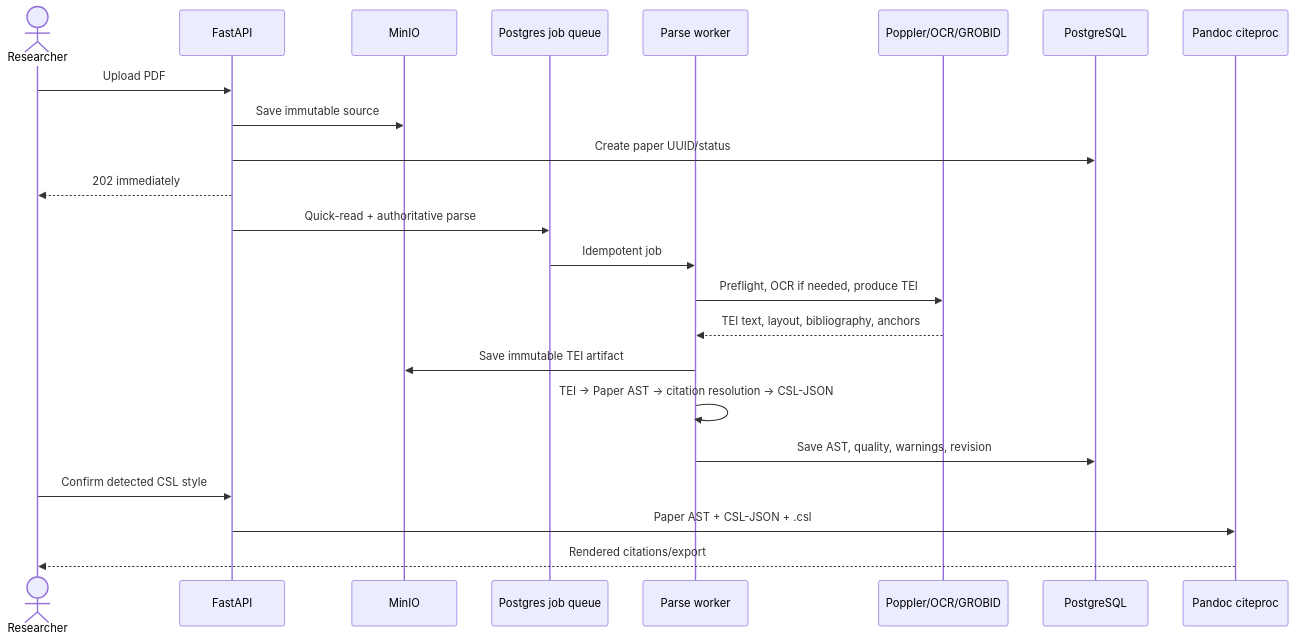
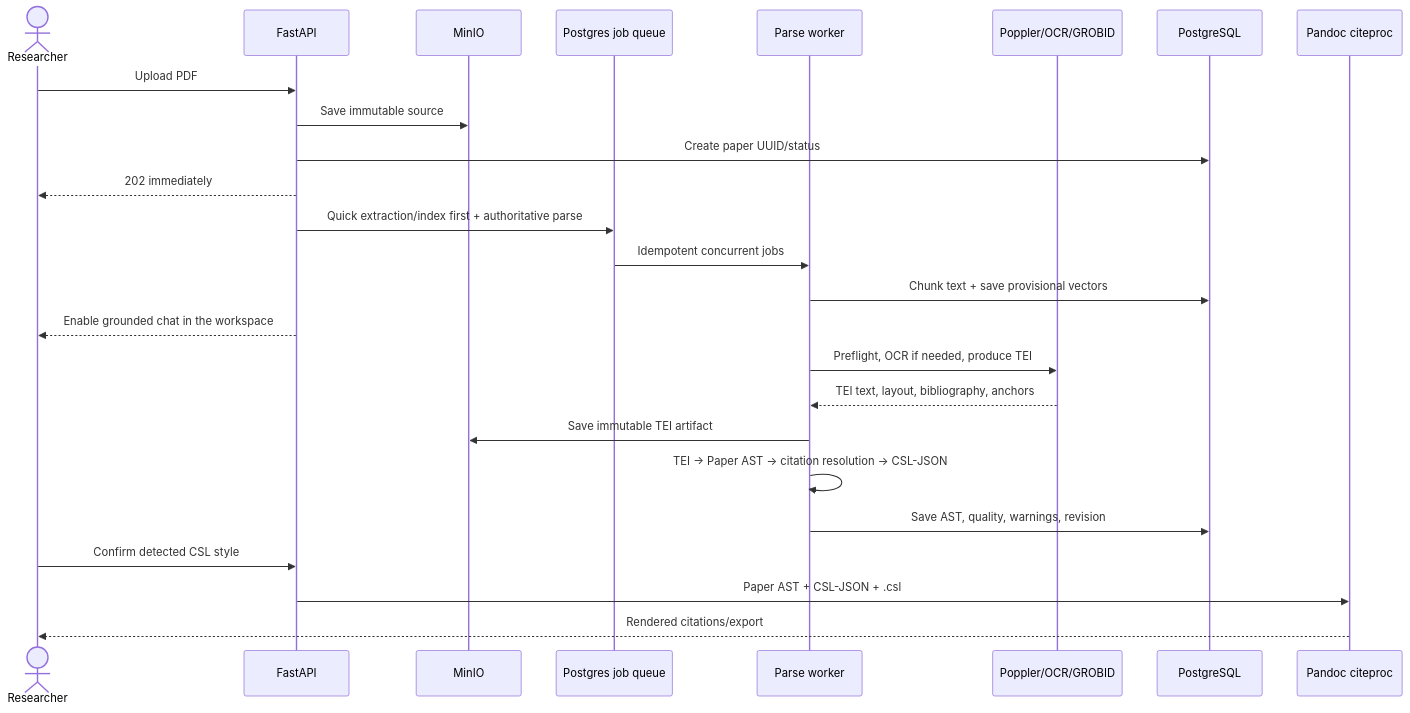
One commit to hosenur/research changed the first of 2 diagrams in README.md. Above: the diagram before and after it, drawn with Mermaid. The commit also changed other lines of this file and 5 other files, not shown here.

Commit message:
make paper workspace chat first

````diff
--- a/README.md
+++ b/README.md
@@ -33,25 +33,27 @@
 ```mermaid
 sequenceDiagram
     actor U as Researcher
     participant A as FastAPI
     participant O as MinIO
     participant Q as Postgres job queue
     participant W as Parse worker
     participant G as Poppler/OCR/GROBID
     participant D as PostgreSQL
     participant C as Pandoc citeproc
     U->>A: Upload PDF
     A->>O: Save immutable source
     A->>D: Create paper UUID/status
     A-->>U: 202 immediately
-    A->>Q: Quick-read + authoritative parse
-    Q->>W: Idempotent job
+    A->>Q: Quick extraction/index first + authoritative parse
+    Q->>W: Idempotent concurrent jobs
+    W->>D: Chunk text + save provisional vectors
+    A-->>U: Enable grounded chat in the workspace
     W->>G: Preflight, OCR if needed, produce TEI
     G-->>W: TEI text, layout, bibliography, anchors
     W->>O: Save immutable TEI artifact
     W->>W: TEI → Paper AST → citation resolution → CSL-JSON
     W->>D: Save AST, quality, warnings, revision
     U->>A: Confirm detected CSL style
     A->>C: Paper AST + CSL-JSON + .csl
     C-->>U: Rendered citations/export
 ```
````
